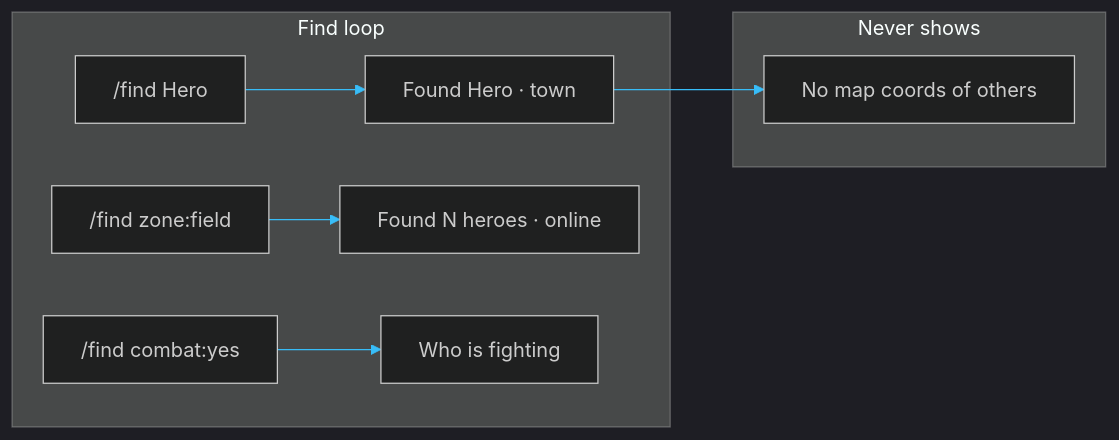
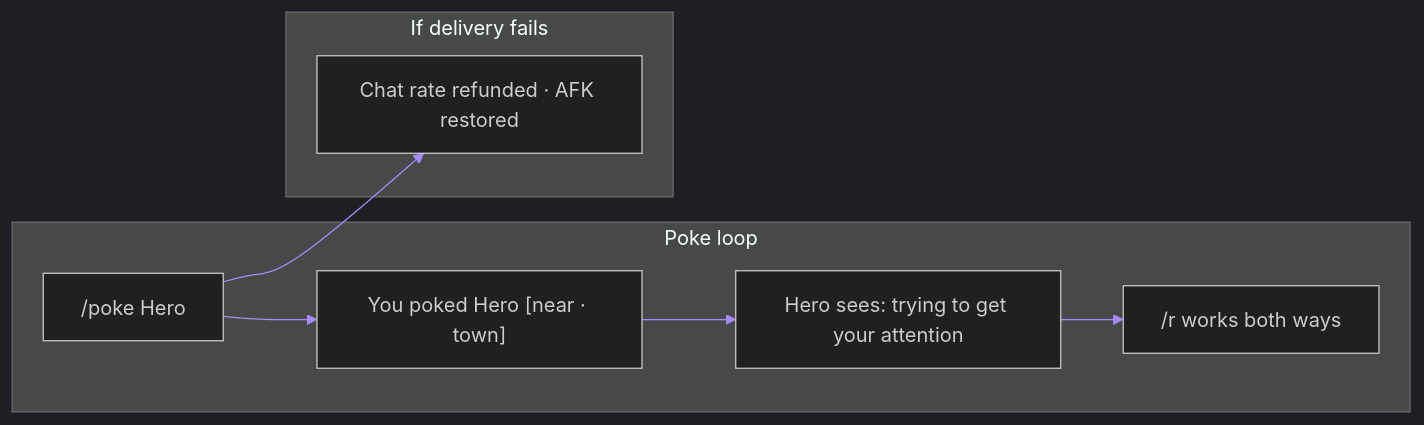
Before and after one commit to 00xnova/dq1_mmo: the second of 8 diagrams in README.md, drawn with Mermaid. The commit also changed other lines of this file and 3 other files, not shown here.

````diff
--- a/README.md
+++ b/README.md
@@ -250,12 +251,12 @@
 ```mermaid
-%%{init: {'theme': 'dark', 'themeVariables': { 'primaryColor': '#0c4a6e', 'primaryTextColor': '#e0f2fe', 'lineColor': '#38bdf8', 'secondaryColor': '#1e293b'}}}%%
+%%{init: {'theme': 'dark', 'themeVariables': { 'primaryColor': '#4c1d95', 'primaryTextColor': '#ede9fe', 'lineColor': '#a78bfa', 'secondaryColor': '#1e293b'}}}%%
 flowchart LR
-  subgraph find ["Find loop"]
-    F1["/find Hero"] --> F2["Found Hero · town"]
-    F3["/find zone:field"] --> F4["Found N heroes · online"]
-    F5["/find combat:yes"] --> F6["Who is fighting"]
+  subgraph poke ["Poke loop"]
+    P1["/poke Hero"] --> P2["You poked Hero [near · town]"]
+    P2 --> P3["Hero sees: trying to get your attention"]
+    P3 --> P4["/r works both ways"]
   end
-  subgraph safe ["Never shows"]
-    F2 --> X["No map coords of others"]
+  subgraph fail ["If delivery fails"]
+    P1 --> F["Chat rate refunded · AFK restored"]
   end
 ```
````
